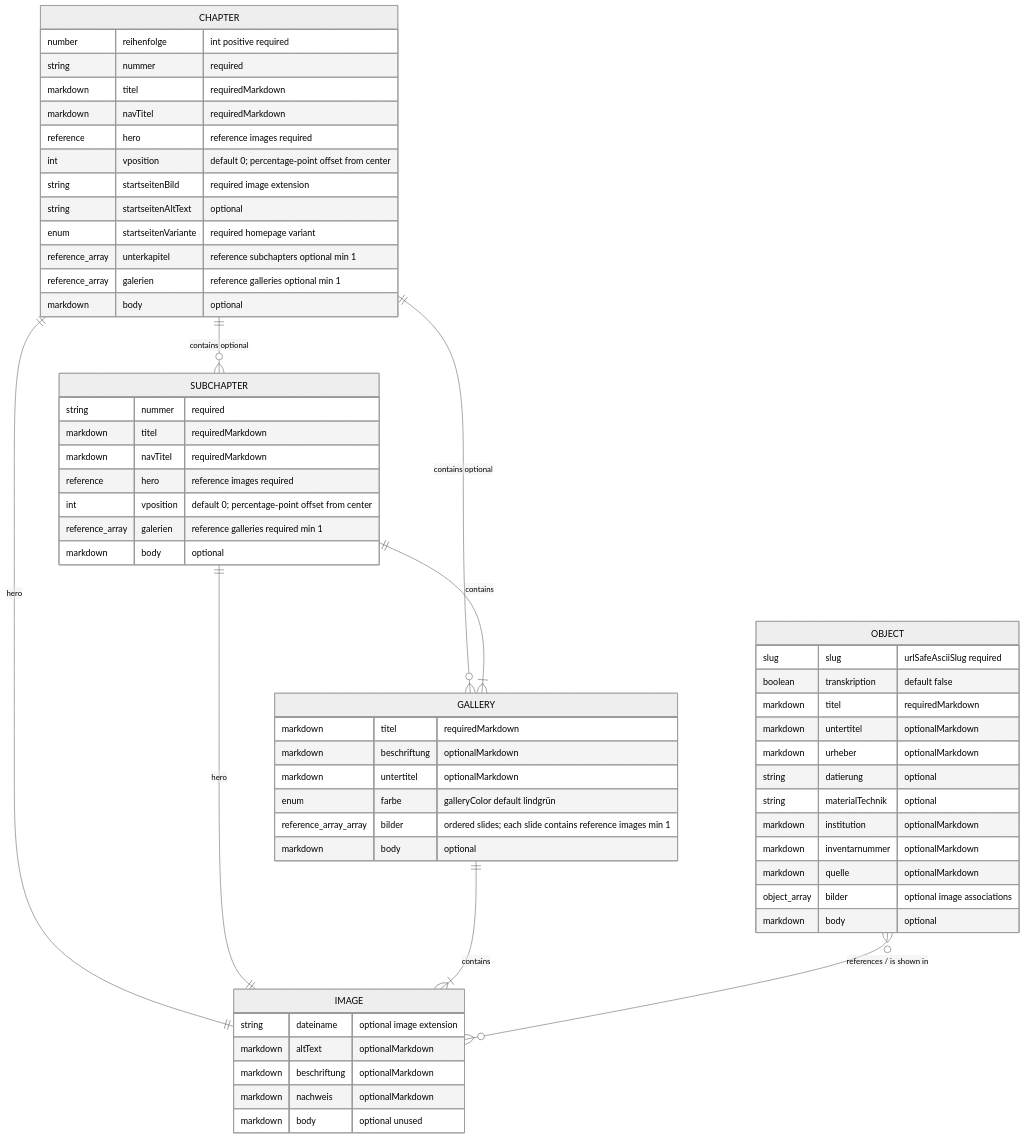
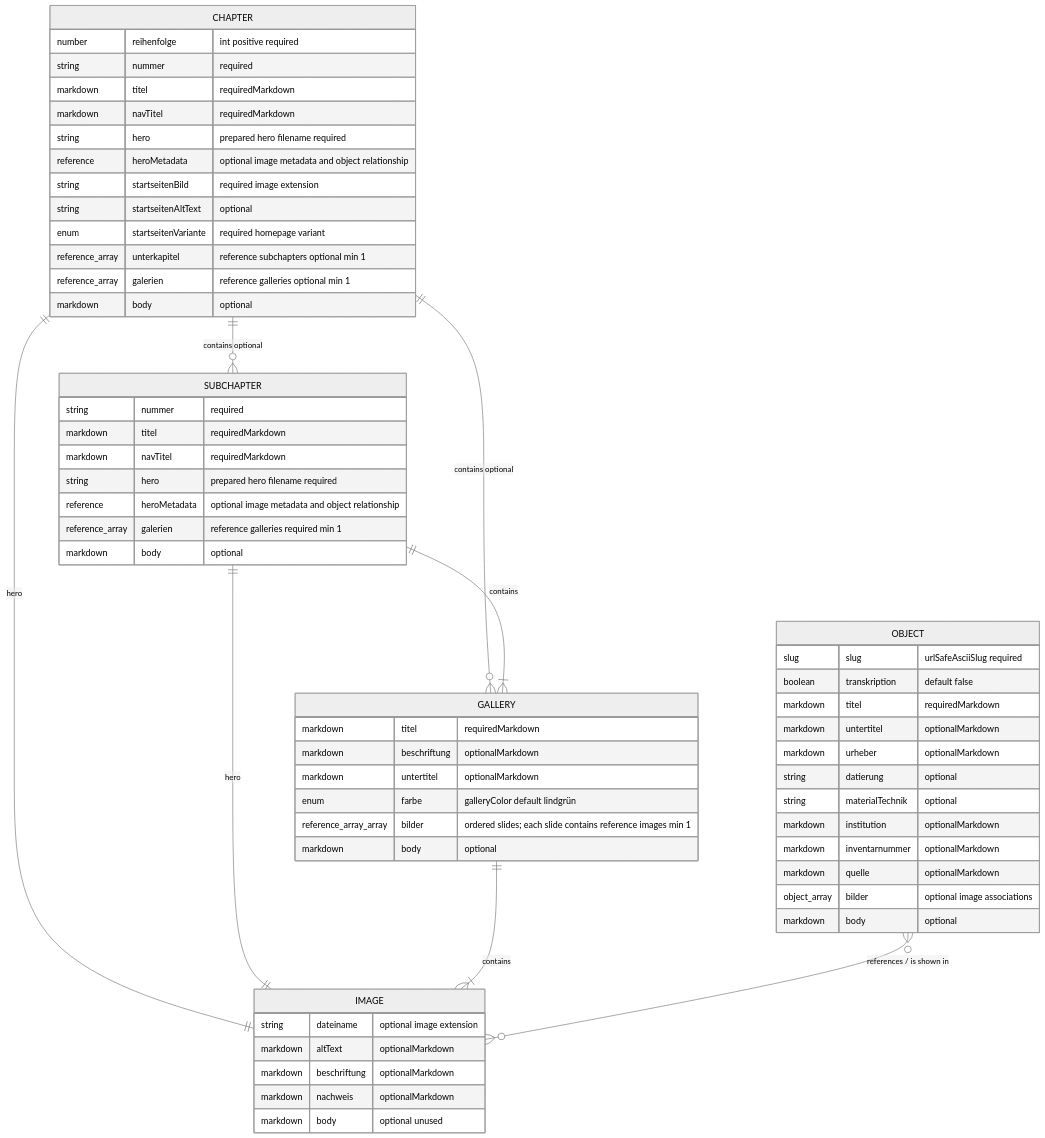
The diagram in docs/content-model.md (Theodor-Springmann-Stiftung/hebel-ausstellung), drawn with Mermaid (neutral theme) before and after one commit. The commit also changed other lines of this file and 208 other files, not shown here.

````diff
--- a/docs/content-model.md
+++ b/docs/content-model.md
@@ -304,67 +312,67 @@
 ```mermaid
 erDiagram
   CHAPTER ||--o{ SUBCHAPTER : "contains optional"
   CHAPTER ||--o{ GALLERY : "contains optional"
   CHAPTER ||--|| IMAGE : "hero"
   SUBCHAPTER ||--|{ GALLERY : "contains"
   SUBCHAPTER ||--|| IMAGE : "hero"
   GALLERY ||--|{ IMAGE : "contains"
   OBJECT }o--o{ IMAGE : "references / is shown in"
 
   CHAPTER {
     number reihenfolge "int positive required"
     string nummer "required"
     markdown titel "requiredMarkdown"
     markdown navTitel "requiredMarkdown"
-    reference hero "reference images required"
-    int vposition "default 0; percentage-point offset from center"
+    string hero "prepared hero filename required"
+    reference heroMetadata "optional image metadata and object relationship"
     string startseitenBild "required image extension"
     string startseitenAltText "optional"
     enum startseitenVariante "required homepage variant"
     reference_array unterkapitel "reference subchapters optional min 1"
     reference_array galerien "reference galleries optional min 1"
     markdown body "optional"
   }
 
   SUBCHAPTER {
     string nummer "required"
     markdown titel "requiredMarkdown"
     markdown navTitel "requiredMarkdown"
-    reference hero "reference images required"
-    int vposition "default 0; percentage-point offset from center"
+    string hero "prepared hero filename required"
+    reference heroMetadata "optional image metadata and object relationship"
     reference_array galerien "reference galleries required min 1"
     markdown body "optional"
   }
 
   GALLERY {
     markdown titel "requiredMarkdown"
     markdown beschriftung "optionalMarkdown"
     markdown untertitel "optionalMarkdown"
     enum farbe "galleryColor default lindgrün"
     reference_array_array bilder "ordered slides; each slide contains reference images min 1"
     markdown body "optional"
   }
 
   IMAGE {
     string dateiname "optional image extension"
     markdown altText "optionalMarkdown"
     markdown beschriftung "optionalMarkdown"
     markdown nachweis "optionalMarkdown"
     markdown body "optional unused"
   }
 
   OBJECT {
     slug slug "urlSafeAsciiSlug required"
     boolean transkription "default false"
     markdown titel "requiredMarkdown"
     markdown untertitel "optionalMarkdown"
     markdown urheber "optionalMarkdown"
     string datierung "optional"
     string materialTechnik "optional"
     markdown institution "optionalMarkdown"
     markdown inventarnummer "optionalMarkdown"
     markdown quelle "optionalMarkdown"
     object_array bilder "optional image associations"
     markdown body "optional"
   }
 ```
````
